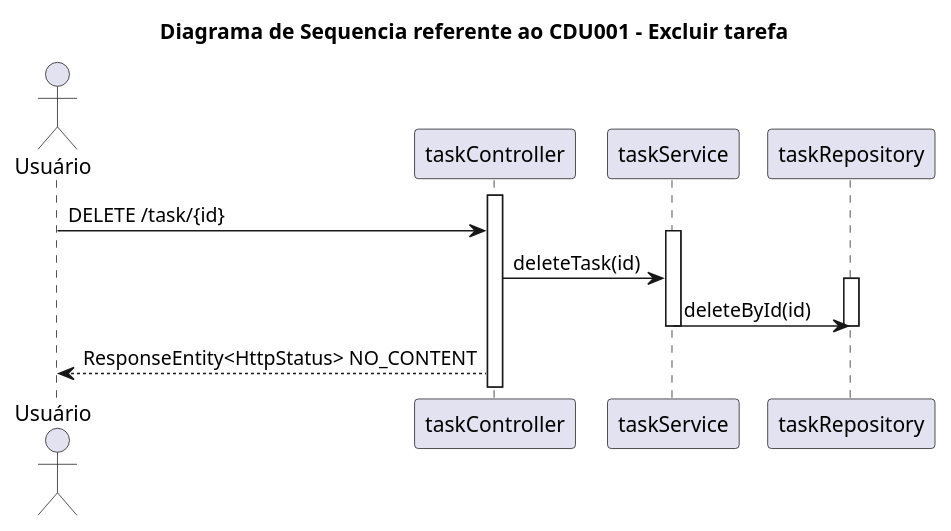
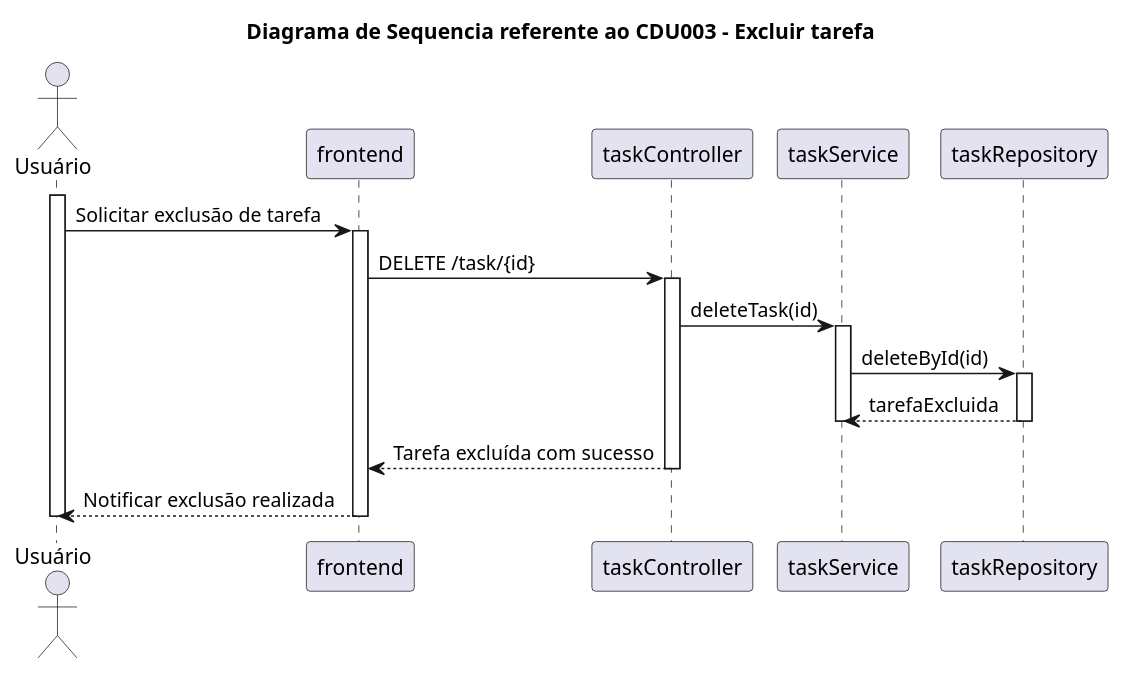
One commit to ThiagoPerdigao/LabDeSoft-ToDoList changed the diagram in c4model/diagramaSequenciaCDU003.puml. Above: the diagram before and after it, drawn with PlantUML. The commit also changed 5 other files, not shown here.

Commit message:
fix cors block + att diagramas

```diff
--- a/c4model/diagramaSequenciaCDU003.puml
+++ b/c4model/diagramaSequenciaCDU003.puml
@@ -1,19 +1,28 @@
 @startuml
-title Diagrama de Sequencia referente ao CDU001 - Excluir tarefa
+title Diagrama de Sequencia referente ao CDU003 - Excluir tarefa
+
 actor Usuário
+participant frontend
 participant taskController
 participant taskService
 participant taskRepository
 
+activate Usuário
+Usuário -> frontend: Solicitar exclusão de tarefa
+activate frontend
+frontend -> taskController: DELETE /task/{id}
 activate taskController
-
-Usuário -> taskController: DELETE /task/{id}
+taskController -> taskService: deleteTask(id)
 activate taskService
-taskController -> taskService: deleteTask(id)
+taskService -> taskRepository: deleteById(id)
 activate taskRepository
-taskService -> taskRepository: deleteById(id)
+taskRepository --> taskService: tarefaExcluida
 deactivate taskRepository
 deactivate taskService
-taskController --> Usuário: ResponseEntity<HttpStatus> NO_CONTENT
+taskController --> frontend: Tarefa excluída com sucesso
+deactivate taskController
+frontend --> Usuário: Notificar exclusão realizada
+deactivate frontend
+deactivate Usuário
 
 @enduml
```
